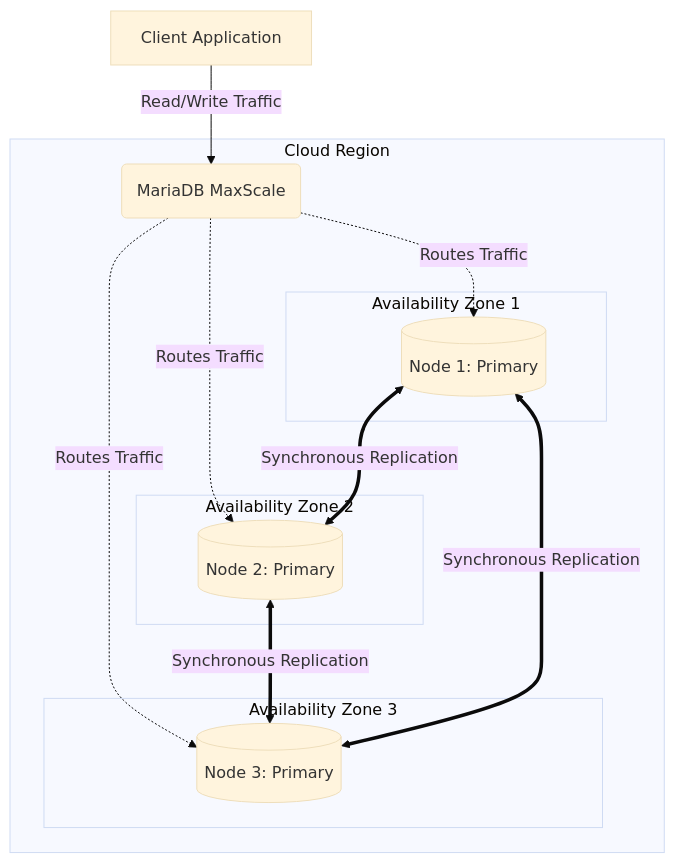
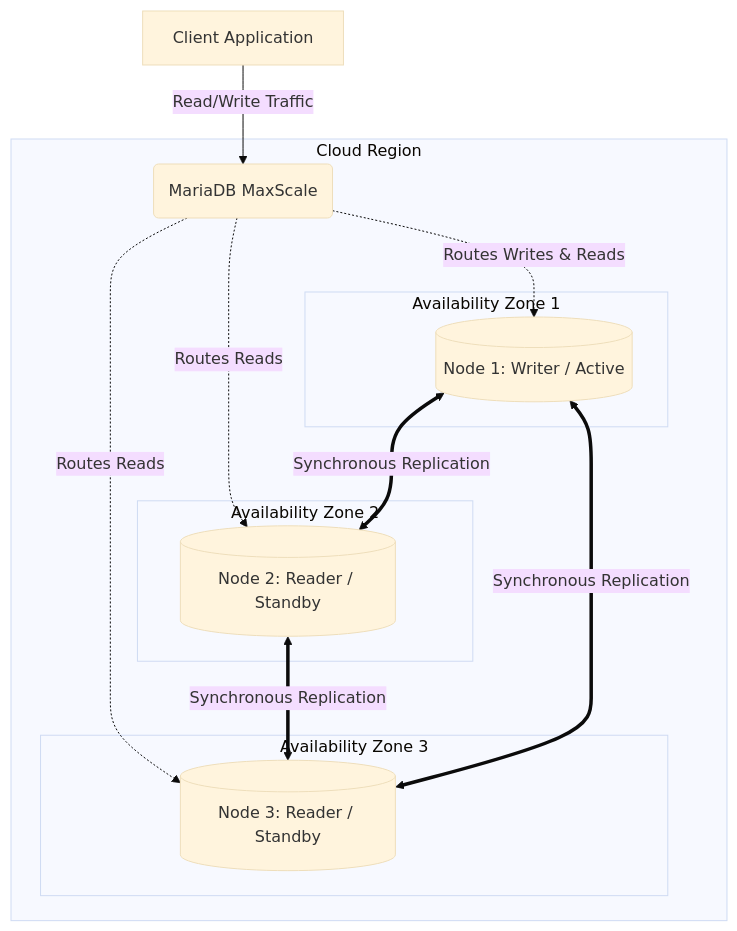
The first of 4 diagrams in mariadb-cloud/quickstart/mariadb-cloud-galera-clusters.md (mariadb-corporation/mariadb-docs), drawn with Mermaid (base theme) before and after one commit. The commit also changed other lines of this file, not shown here.

Commit message:
GitBook: No commit message

````diff
--- a/mariadb-cloud/quickstart/mariadb-cloud-galera-clusters.md
+++ b/mariadb-cloud/quickstart/mariadb-cloud-galera-clusters.md
@@ -67,28 +67,28 @@
 ```mermaid
 flowchart TD
     App[Client Application] -->|Read/Write Traffic| MS(MariaDB MaxScale)
     
     subgraph Region [Cloud Region]
         MS
         
         subgraph AZ1 [Availability Zone 1]
-            Node1[(Node 1: Primary)]
+            Node1[(Node 1: Writer / Active)]
         end
         
         subgraph AZ2 [Availability Zone 2]
-            Node2[(Node 2: Primary)]
+            Node2[(Node 2: Reader / Standby)]
         end
         
         subgraph AZ3 [Availability Zone 3]
-            Node3[(Node 3: Primary)]
+            Node3[(Node 3: Reader / Standby)]
         end
         
-        MS -.->|Routes Traffic| Node1
-        MS -.->|Routes Traffic| Node2
-        MS -.->|Routes Traffic| Node3
+        MS -.->|Routes Writes & Reads| Node1
+        MS -.->|Routes Reads| Node2
+        MS -.->|Routes Reads| Node3
         
         Node1 <==>|Synchronous Replication| Node2
         Node2 <==>|Synchronous Replication| Node3
         Node3 <==>|Synchronous Replication| Node1
     end
 ```
````
